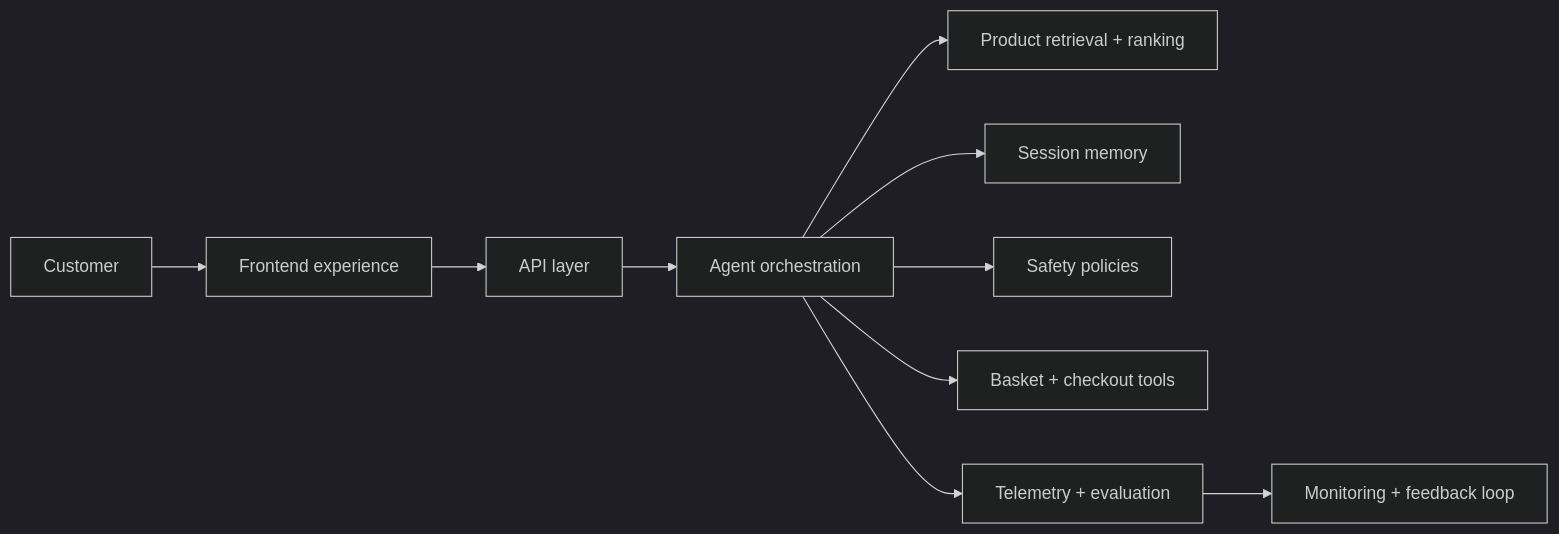
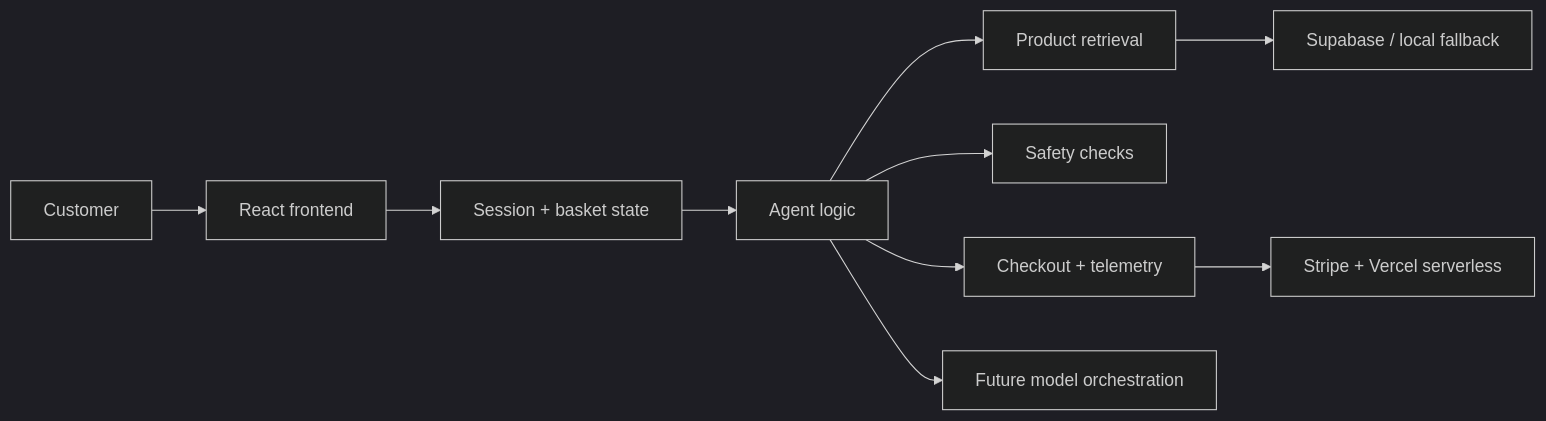
Before and after one commit to 1994-munk/Shopi_assistant: the diagram in README.md, drawn with Mermaid (dark theme). The commit also changed other lines of this file and 1 other file, not shown here.

````diff
--- a/README.md
+++ b/README.md
@@ -44,12 +115,12 @@
 ```mermaid
 flowchart LR
-  A[Customer] --> B[Frontend experience]
-  B --> C[API layer]
-  C --> D[Agent orchestration]
-  D --> E[Product retrieval + ranking]
-  D --> F[Session memory]
-  D --> G[Safety policies]
-  D --> H[Basket + checkout tools]
-  D --> I[Telemetry + evaluation]
-  I --> J[Monitoring + feedback loop]
+  A[Customer] --> B[React frontend]
+  B --> C[Session + basket state]
+  C --> D[Agent logic]
+  D --> E[Product retrieval]
+  D --> F[Safety checks]
+  D --> G[Checkout + telemetry]
+  E --> H[Supabase / local fallback]
+  G --> I[Stripe + Vercel serverless]
+  D --> J[Future model orchestration]
 ```
````
